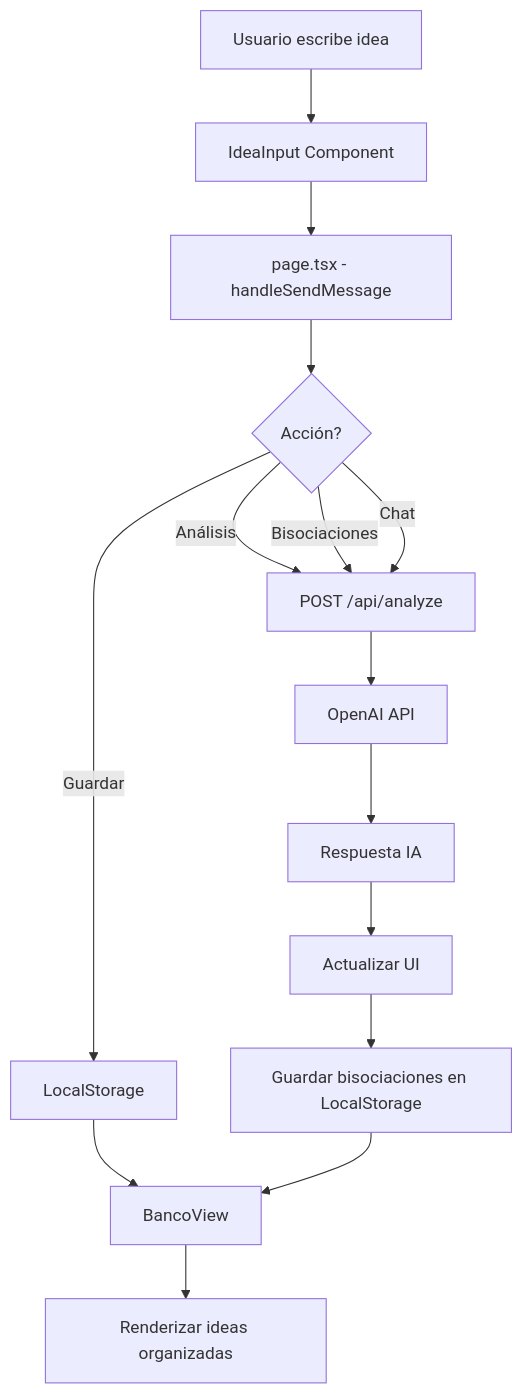
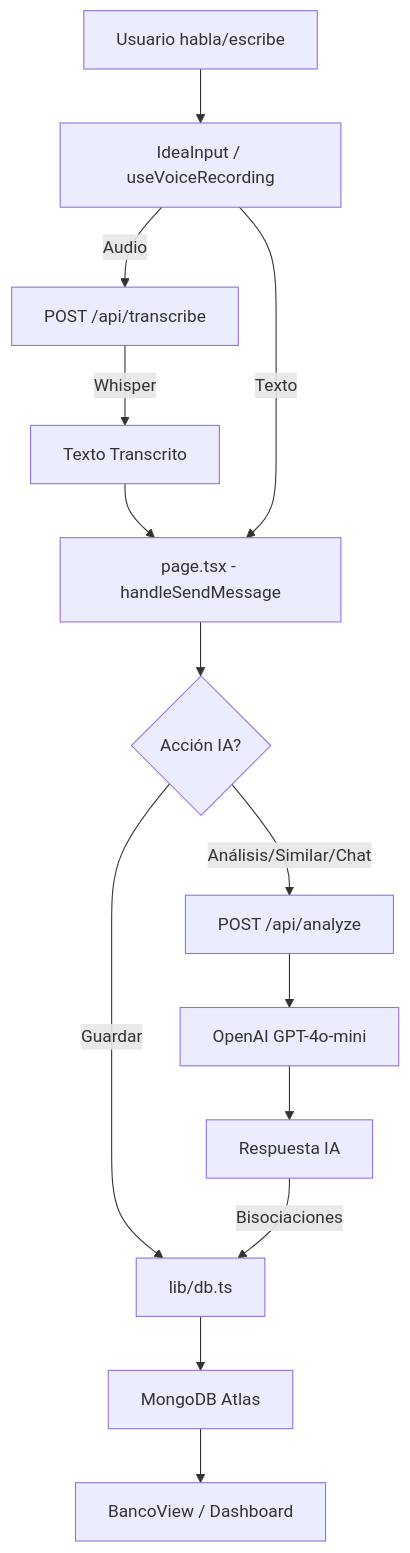
The diagram in ARQUITECTURA.md (damiancolo/banco-de-ideas), drawn with Mermaid before and after one commit. The commit also changed other lines of this file and 2 other files, not shown here.

Commit message:
Refactor voice recording into hook, update ARQUITECTURA.md and cleanup code

````diff
--- a/ARQUITECTURA.md
+++ b/ARQUITECTURA.md
@@ -50,21 +55,20 @@
 ```mermaid
 graph TD
-    A[Usuario escribe idea] --> B[IdeaInput Component]
-    B --> C[page.tsx - handleSendMessage]
-    C --> D{Acción?}
+    A[Usuario habla/escribe] --> B[IdeaInput / useVoiceRecording]
+    B -->|Audio| C[POST /api/transcribe]
+    C -->|Whisper| D[Texto Transcrito]
+    D --> E[page.tsx - handleSendMessage]
+    B -->|Texto| E
     
-    D -->|Análisis| E[POST /api/analyze]
-    D -->|Bisociaciones| E
-    D -->|Chat| E
-    D -->|Guardar| F[LocalStorage]
+    E --> F{Acción IA?}
     
-    E --> G[OpenAI API]
-    G --> H[Respuesta IA]
-    H --> I[Actualizar UI]
+    F -->|Análisis/Similar/Chat| G[POST /api/analyze]
+    G --> H[OpenAI GPT-4o-mini]
+    H --> I[Respuesta IA]
     
-    I --> J[Guardar bisociaciones en LocalStorage]
+    F -->|Guardar| J[lib/db.ts]
+    I -->|Bisociaciones| J
     
-    F --> K[BancoView]
-    J --> K
-    K --> L[Renderizar ideas organizadas]
+    J --> K[MongoDB Atlas]
+    K --> L[BancoView / Dashboard]
 ```
````
